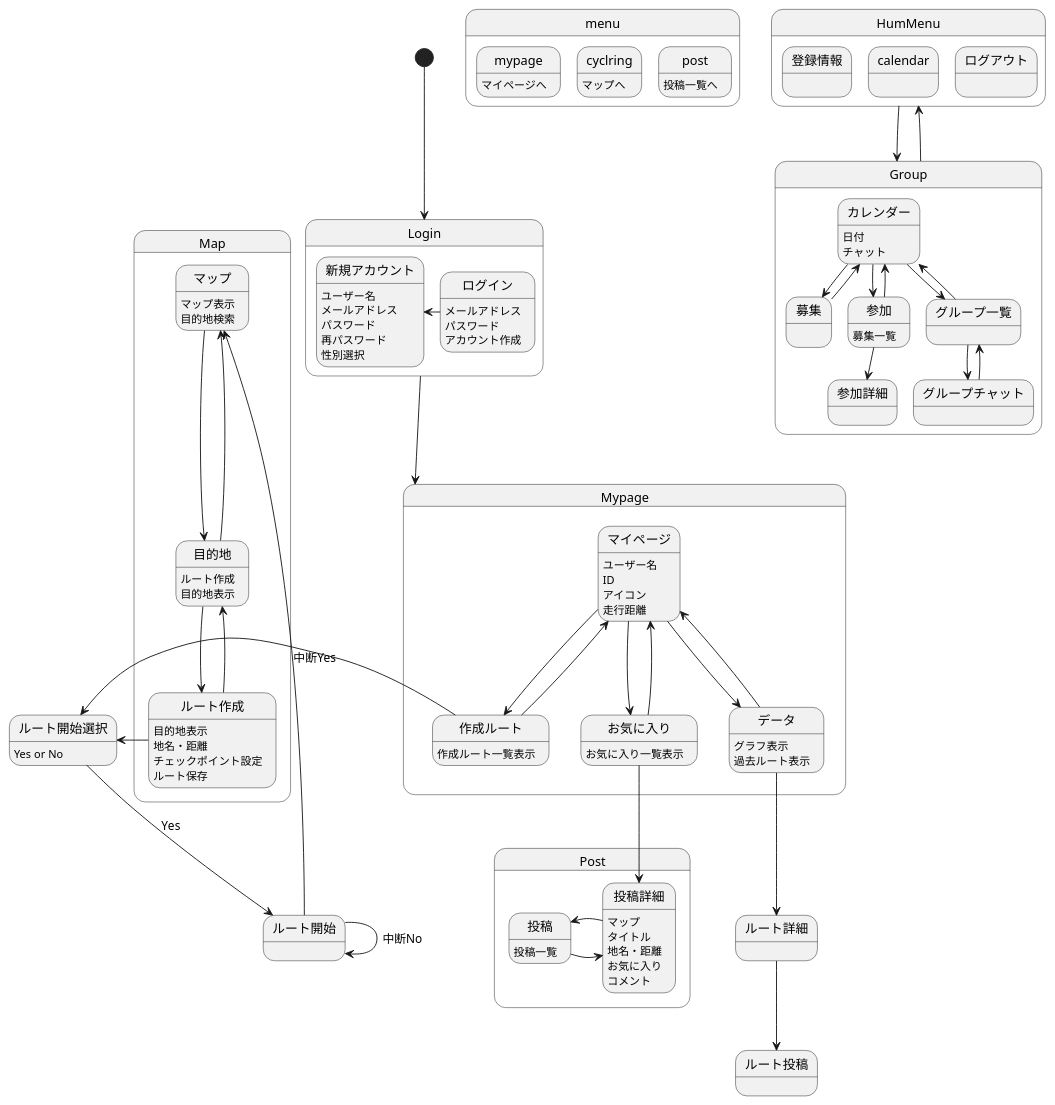
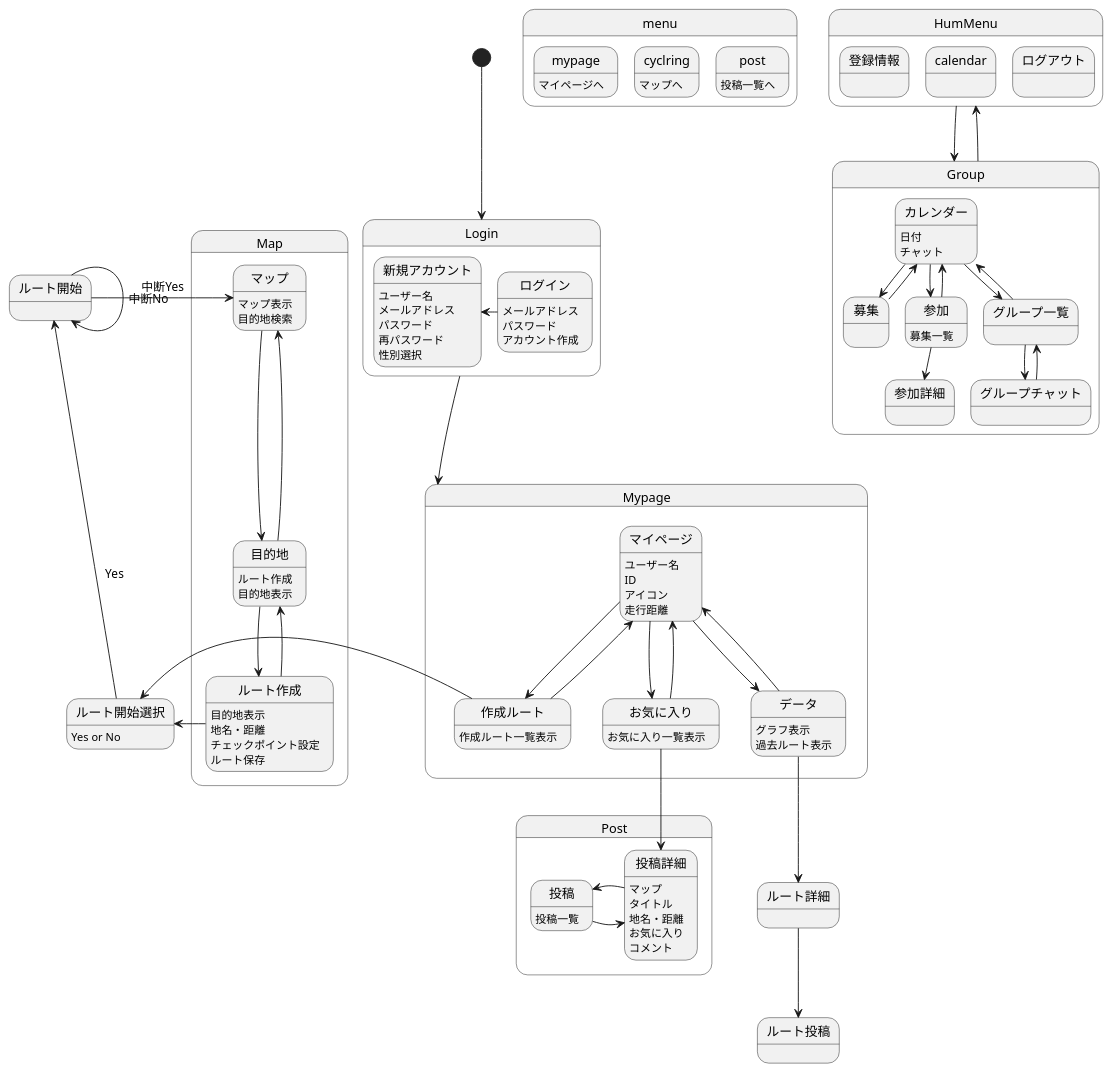
Before and after one commit to AsoSD3A3/CyclingSystem: the diagram in 画面遷移図/gm.md, drawn with PlantUML.

```diff
--- a/画面遷移図/gm.md
+++ b/画面遷移図/gm.md
@@ -84,7 +84,7 @@
 }
 ルート作成-right->ルート開始選択
 ルート開始選択:Yes or No
-ルート開始選択-down->ルート開始 :Yes
+ルート開始選択-up->ルート開始 :Yes
 ルート開始-->ルート開始 :中断No
 ルート開始-left->マップ :中断Yes
 作成ルート-left->ルート開始選択
```
